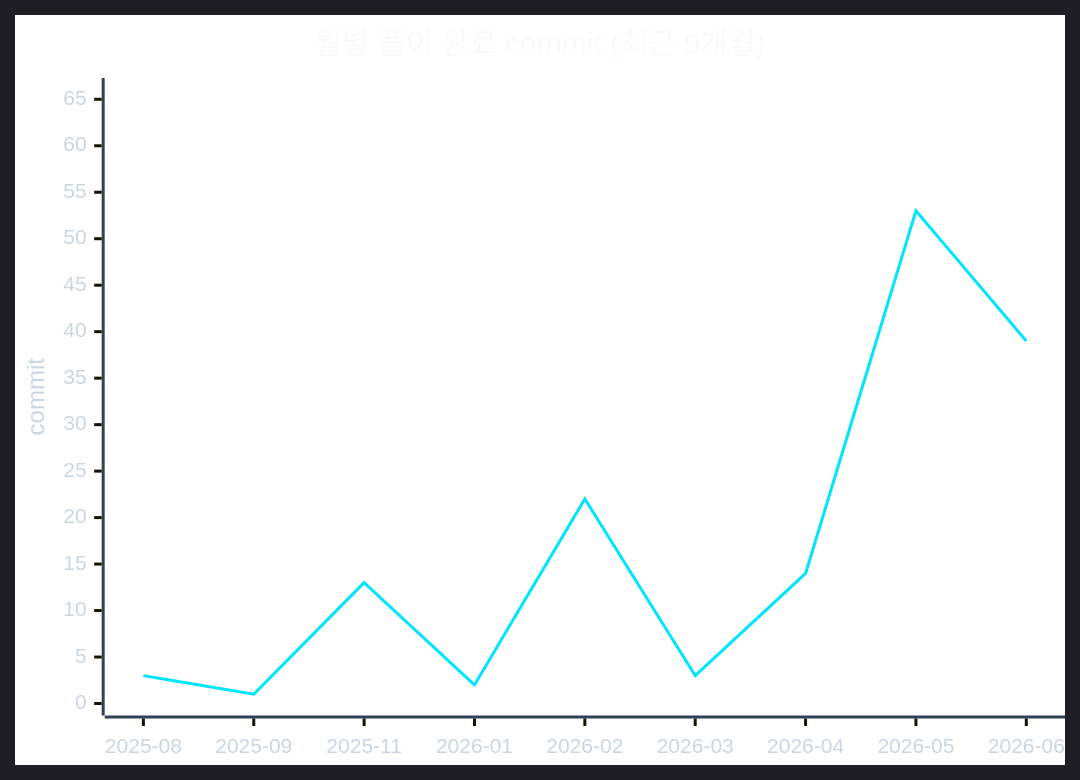
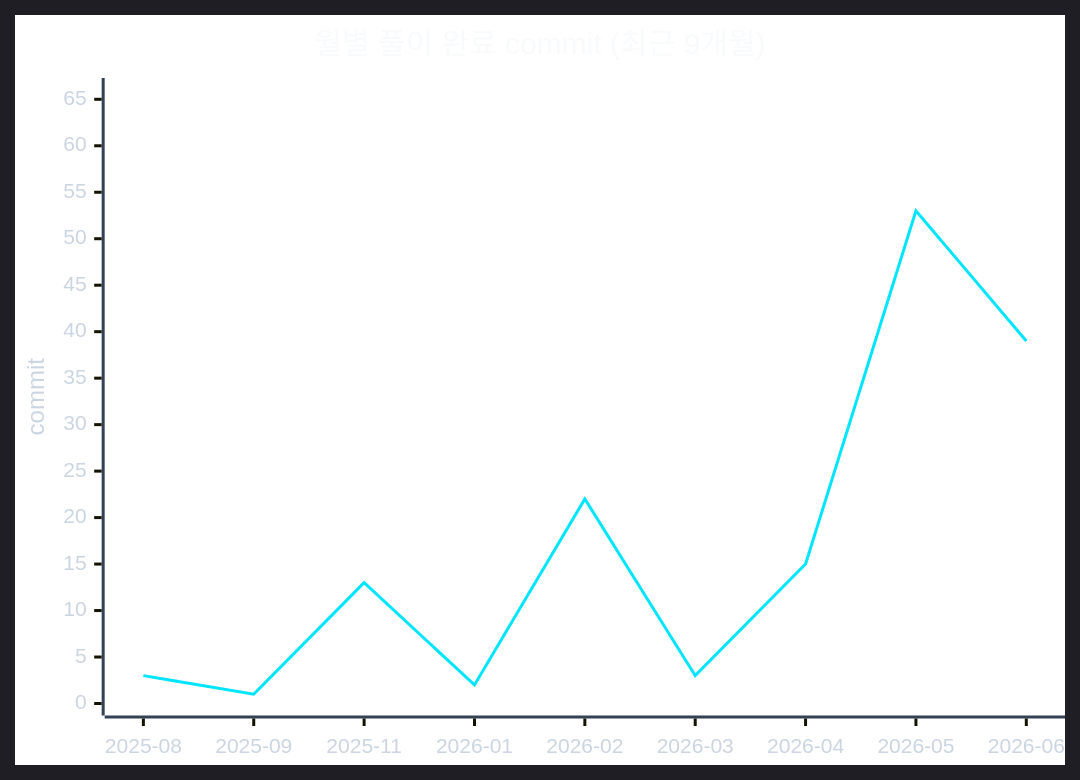
One commit to CHOOSLA/Algorithm changed the second of 2 diagrams in readme.md. Above: the diagram before and after it, drawn with Mermaid. The commit also changed other lines of this file and 2 other files, not shown here.

````diff
--- a/readme.md
+++ b/readme.md
@@ -71,22 +71,22 @@
 ```mermaid
 ---
 config:
   theme: dark
   themeVariables:
     background: '#0d1117'
     xyChart:
       titleColor: '#f8fafc'
       xAxisLabelColor: '#cbd5e1'
       xAxisTitleColor: '#cbd5e1'
       xAxisLineColor: '#334155'
       yAxisLabelColor: '#cbd5e1'
       yAxisTitleColor: '#cbd5e1'
       yAxisLineColor: '#334155'
       plotColorPalette: '#00e5ff'
 ---
 xychart-beta
   title "월별 풀이 완료 commit (최근 9개월)"
   x-axis ["2025-08", "2025-09", "2025-11", "2026-01", "2026-02", "2026-03", "2026-04", "2026-05", "2026-06"]
   y-axis "commit" 0 --> 66
-  line [3, 1, 13, 2, 22, 3, 14, 53, 39]
+  line [3, 1, 13, 2, 22, 3, 15, 53, 39]
 ```
````
